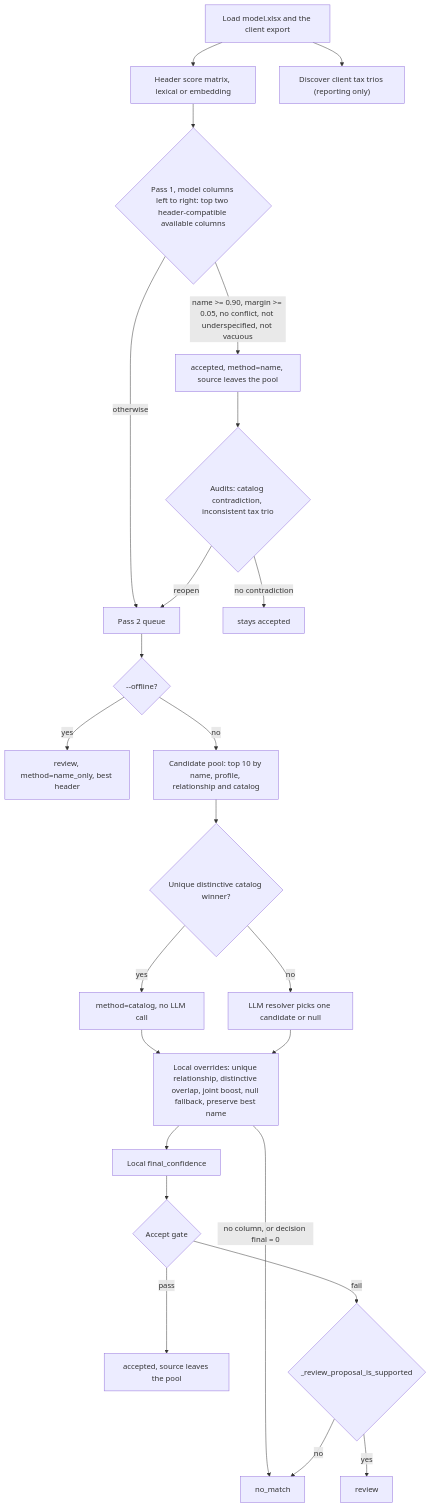
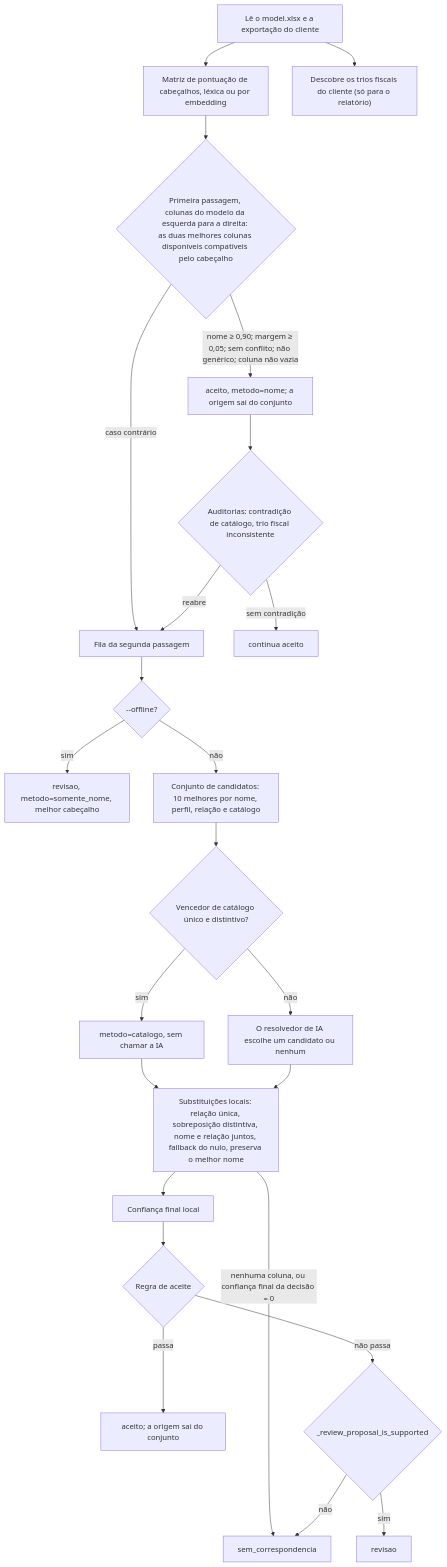
Before and after one commit to umeirelles/erp-fiscal-data: the diagram in docs/ARCHITECTURE.md, drawn with Mermaid. The commit also changed other lines of this file and 4 other files, not shown here.

````diff
--- a/docs/ARCHITECTURE.md
+++ b/docs/ARCHITECTURE.md
@@ -272,26 +406,26 @@
 ```mermaid
 flowchart TD
-    L["Load model.xlsx and the client export"] --> S["Header score matrix, lexical or embedding"]
-    L --> T["Discover client tax trios (reporting only)"]
-    S --> P1{"Pass 1, model columns left to right: top two header-compatible available columns"}
-    P1 -->|"name >= 0.90, margin >= 0.05, no conflict, not underspecified, not vacuous"| A1["accepted, method=name, source leaves the pool"]
-    P1 -->|"otherwise"| Q["Pass 2 queue"]
-    A1 --> AU{"Audits: catalog contradiction, inconsistent tax trio"}
-    AU -->|"no contradiction"| K["stays accepted"]
-    AU -->|"reopen"| Q
+    L["Lê o model.xlsx e a exportação do cliente"] --> S["Matriz de pontuação de cabeçalhos, léxica ou por embedding"]
+    L --> T["Descobre os trios fiscais do cliente (só para o relatório)"]
+    S --> P1{"Primeira passagem, colunas do modelo da esquerda para a direita: as duas melhores colunas disponíveis compatíveis pelo cabeçalho"}
+    P1 -->|"nome ≥ 0,90; margem ≥ 0,05; sem conflito; não genérico; coluna não vazia"| A1["aceito, metodo=nome; a origem sai do conjunto"]
+    P1 -->|"caso contrário"| Q["Fila da segunda passagem"]
+    A1 --> AU{"Auditorias: contradição de catálogo, trio fiscal inconsistente"}
+    AU -->|"sem contradição"| K["continua aceito"]
+    AU -->|"reabre"| Q
     Q --> OFF{"--offline?"}
-    OFF -->|"yes"| RO["review, method=name_only, best header"]
-    OFF -->|"no"| POOL["Candidate pool: top 10 by name, profile, relationship and catalog"]
-    POOL --> CAT{"Unique distinctive catalog winner?"}
-    CAT -->|"yes"| CH["method=catalog, no LLM call"]
-    CAT -->|"no"| LLM["LLM resolver picks one candidate or null"]
-    CH --> OV["Local overrides: unique relationship, distinctive overlap, joint boost, null fallback, preserve best name"]
+    OFF -->|"sim"| RO["revisao, metodo=somente_nome, melhor cabeçalho"]
+    OFF -->|"não"| POOL["Conjunto de candidatos: 10 melhores por nome, perfil, relação e catálogo"]
+    POOL --> CAT{"Vencedor de catálogo único e distintivo?"}
+    CAT -->|"sim"| CH["metodo=catalogo, sem chamar a IA"]
+    CAT -->|"não"| LLM["O resolvedor de IA escolhe um candidato ou nenhum"]
+    CH --> OV["Substituições locais: relação única, sobreposição distintiva, nome e relação juntos, fallback do nulo, preserva o melhor nome"]
     LLM --> OV
-    OV -->|"no column, or decision final = 0"| NM["no_match"]
-    OV --> FC["Local final_confidence"]
-    FC --> G{"Accept gate"}
-    G -->|"pass"| A2["accepted, source leaves the pool"]
-    G -->|"fail"| RS{"_review_proposal_is_supported"}
-    RS -->|"yes"| RV["review"]
-    RS -->|"no"| NM
+    OV -->|"nenhuma coluna, ou confiança final da decisão = 0"| NM["sem_correspondencia"]
+    OV --> FC["Confiança final local"]
+    FC --> G{"Regra de aceite"}
+    G -->|"passa"| A2["aceito; a origem sai do conjunto"]
+    G -->|"não passa"| RS{"_review_proposal_is_supported"}
+    RS -->|"sim"| RV["revisao"]
+    RS -->|"não"| NM
 ```
````
